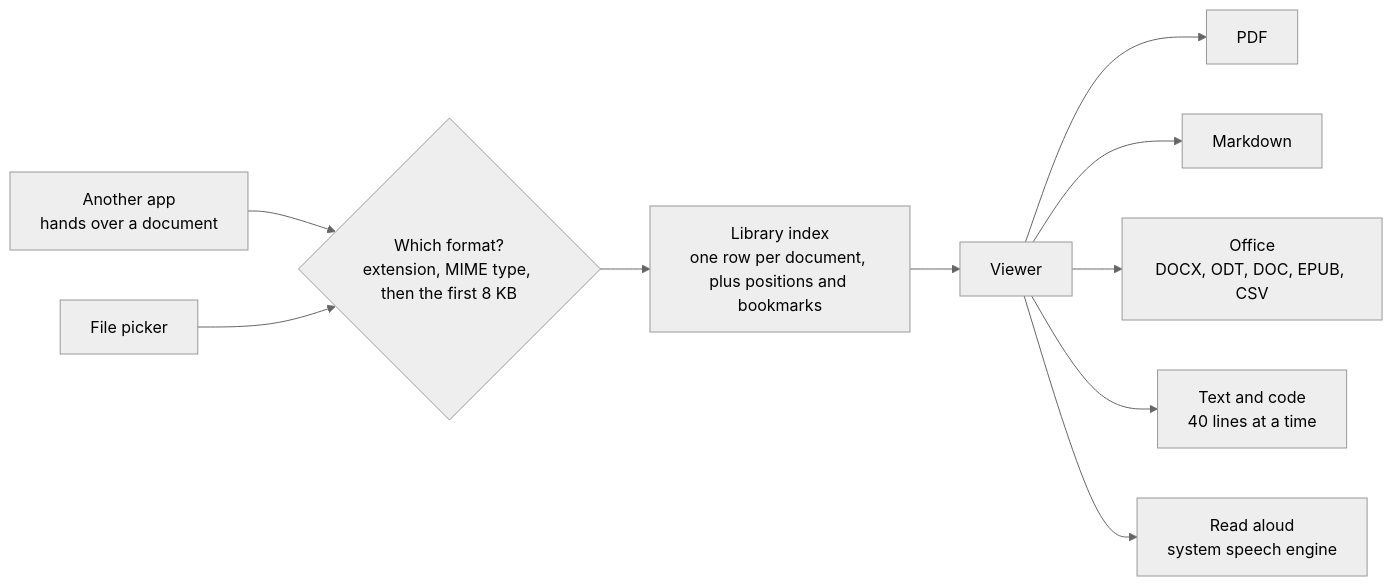
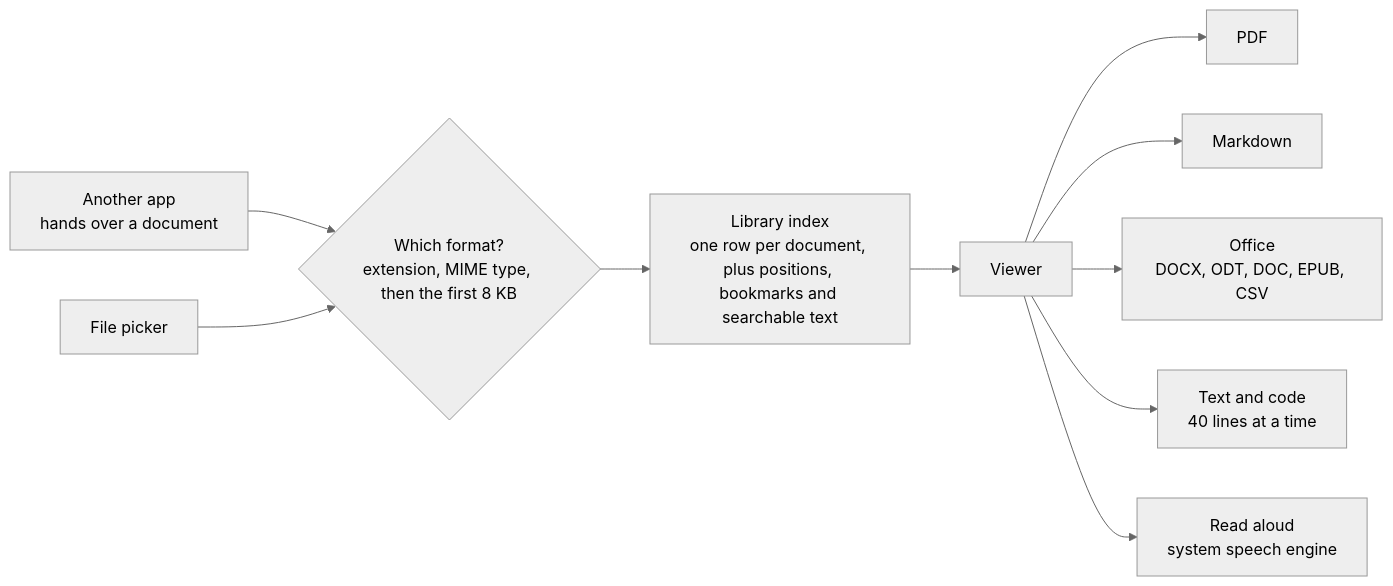
One commit to Pixelrick420/Papyrus changed the first of 2 diagrams in README.md. Above: the diagram before and after it, drawn with Mermaid (neutral theme). The commit also changed other lines of this file and 60 other files, not shown here.

````diff
--- a/README.md
+++ b/README.md
@@ -215,12 +220,12 @@
 ```mermaid
 flowchart LR
   A["Another app<br/>hands over a document"] --> C{"Which format?<br/>extension, MIME type, then the first 8 KB"}
   B["File picker"] --> C
-  C --> D["Library index<br/>one row per document, plus positions and bookmarks"]
+  C --> D["Library index<br/>one row per document, plus positions, bookmarks and searchable text"]
   D --> E["Viewer"]
   E --> F["PDF"]
   E --> G["Markdown"]
   E --> H["Office<br/>DOCX, ODT, DOC, EPUB, CSV"]
   E --> I["Text and code<br/>40 lines at a time"]
   E --> J["Read aloud<br/>system speech engine"]
 ```
````
